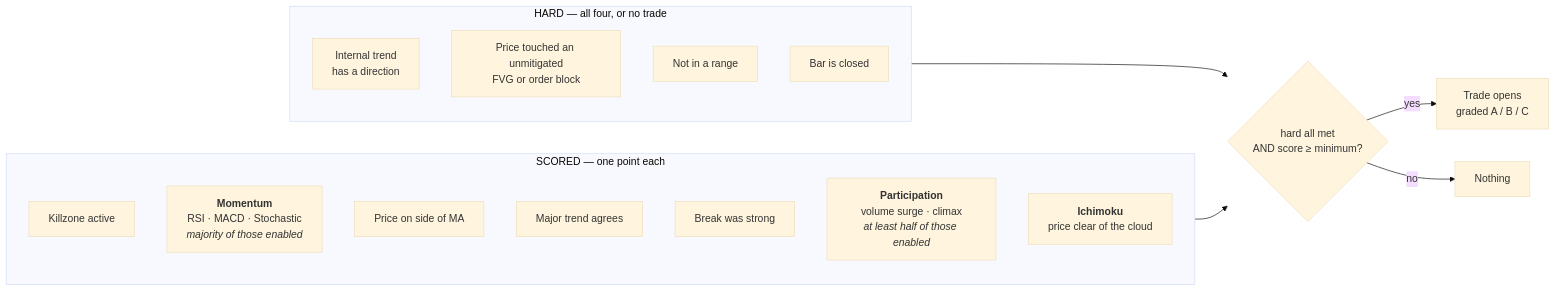
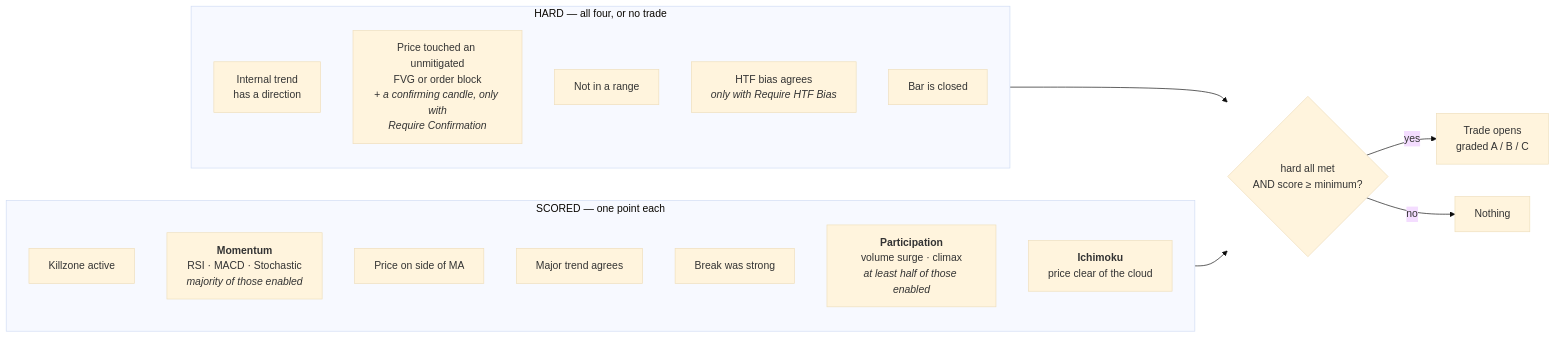
Before and after one commit to IbrahimKeshta/TradingViewIndicator: the third of 3 diagrams in README.ar.md, drawn with Mermaid (base theme). The commit also changed other lines of this file and 1 other file, not shown here.

````diff
--- a/README.ar.md
+++ b/README.ar.md
@@ -139,22 +139,23 @@
 ```mermaid
 flowchart LR
     subgraph H["HARD — all four, or no trade"]
         H1["Internal trend<br/>has a direction"]
-        H2["Price touched an unmitigated<br/>FVG or order block"]
+        H2["Price touched an unmitigated<br/>FVG or order block<br/><i>+ a confirming candle, only with<br/>Require Confirmation</i>"]
         H3["Not in a range"]
+        H5["HTF bias agrees<br/><i>only with Require HTF Bias</i>"]
         H4["Bar is closed"]
     end
     subgraph S["SCORED — one point each"]
         S1["Killzone active"]
         S2["<b>Momentum</b><br/>RSI · MACD · Stochastic<br/><i>majority of those enabled</i>"]
         S3["Price on side of MA"]
         S4["Major trend agrees"]
         S5["Break was strong"]
         S6["<b>Participation</b><br/>volume surge · climax<br/><i>at least half of those enabled</i>"]
         S7["<b>Ichimoku</b><br/>price clear of the cloud"]
     end
     H --> G{"hard all met<br/>AND score &ge; minimum?"}
     S --> G
     G -->|yes| T["Trade opens<br/>graded A / B / C"]
     G -->|no| N["Nothing"]
 ```
````
